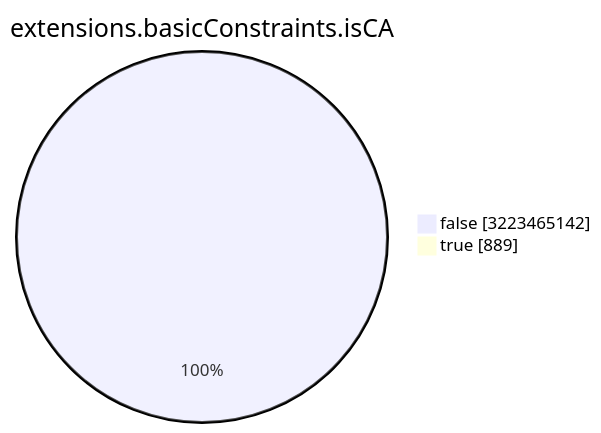
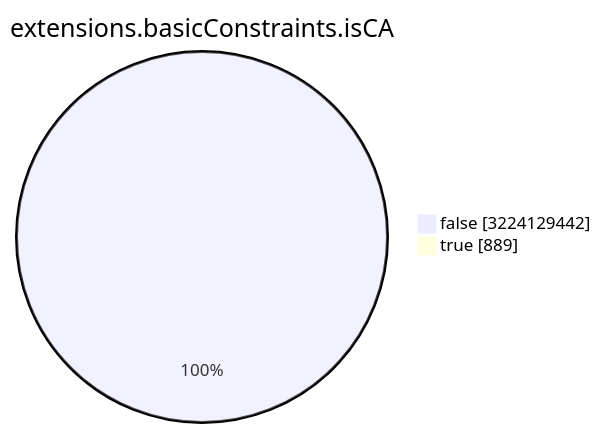
One commit to christiankrug/ctmonitor_visualization changed the seventh of 15 diagrams in TOTAL/README.md. Above: the diagram before and after it, drawn with Mermaid. The commit also changed other lines of this file, not shown here.

````diff
--- a/TOTAL/README.md
+++ b/TOTAL/README.md
@@ -3088,6 +3088,6 @@
 ```mermaid
 pie showData
 title extensions.basicConstraints.isCA
-"false" :3223465142
+"false" :3224129442
 "true" :889
 ```
````
